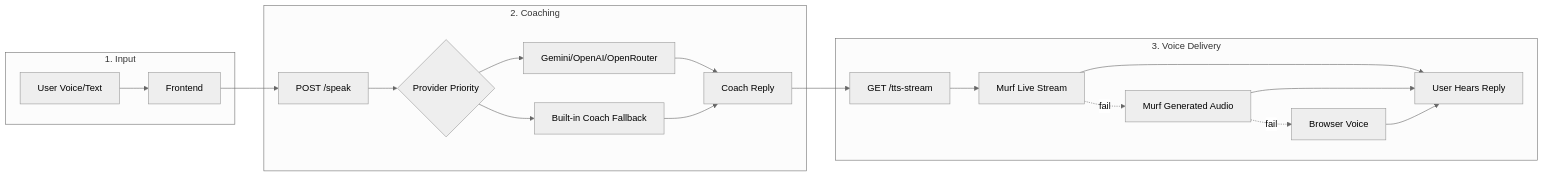
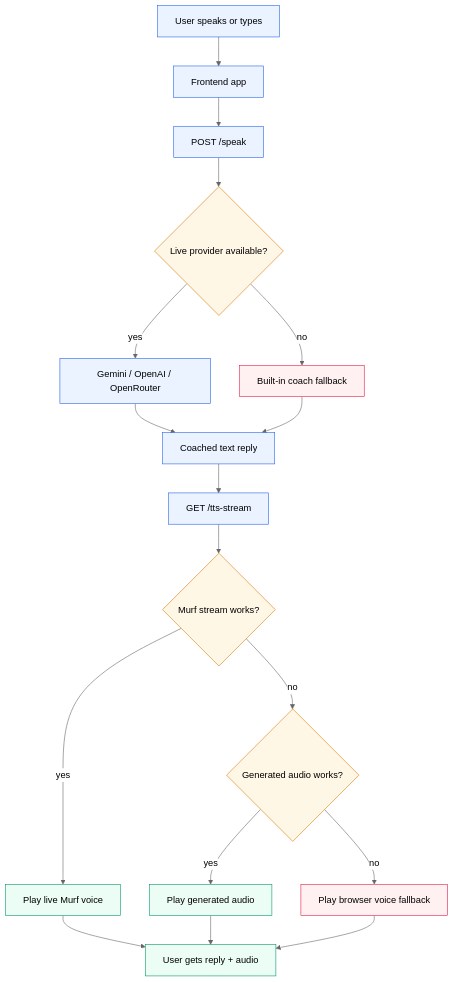
The first of 2 diagrams in README.md (athiq2u/MoonSpeak-AI), drawn with Mermaid (neutral theme) before and after one commit.

Commit message:
docs: enhance compact system flowchart

````diff
--- a/README.md
+++ b/README.md
@@ -64,31 +64,32 @@
 ```mermaid
-flowchart LR
-  subgraph S1[1. Input]
-    U[User Voice/Text]
-    FE[Frontend]
-    U --> FE
-  end
+flowchart TD
+  U[User speaks or types] --> FE[Frontend app]
 
-  subgraph S2[2. Coaching]
-    API[POST /speak]
-    PRI{Provider Priority}
-    LIVE[Gemini/OpenAI/OpenRouter]
-    FALL[Built-in Coach Fallback]
-    REPLY[Coach Reply]
-    FE --> API --> PRI
-    PRI --> LIVE --> REPLY
-    PRI --> FALL --> REPLY
-  end
+  FE --> S1[POST /speak]
+  S1 --> P{Live provider available?}
+  P -->|yes| L[Gemini / OpenAI / OpenRouter]
+  P -->|no| F[Built-in coach fallback]
+  L --> R[Coached text reply]
+  F --> R
 
-  subgraph S3[3. Voice Delivery]
-    TTS[GET /tts-stream]
-    STREAM[Murf Live Stream]
-    GEN[Murf Generated Audio]
-    BROWSER[Browser Voice]
-    PLAY[User Hears Reply]
-    REPLY --> TTS --> STREAM
-    STREAM --> PLAY
-    STREAM -. fail .-> GEN --> PLAY
-    GEN -. fail .-> BROWSER --> PLAY
-  end
+  R --> S2[GET /tts-stream]
+  S2 --> M{Murf stream works?}
+  M -->|yes| V1[Play live Murf voice]
+  M -->|no| G{Generated audio works?}
+  G -->|yes| V2[Play generated audio]
+  G -->|no| V3[Play browser voice fallback]
+
+  V1 --> DONE[User gets reply + audio]
+  V2 --> DONE
+  V3 --> DONE
+
+  classDef core fill:#EAF3FF,stroke:#2563EB,stroke-width:1px;
+  classDef decision fill:#FFF7E6,stroke:#D97706,stroke-width:1px;
+  classDef fallback fill:#FFF1F2,stroke:#E11D48,stroke-width:1px;
+  classDef success fill:#ECFDF5,stroke:#059669,stroke-width:1px;
+
+  class U,FE,S1,S2,L,R core;
+  class P,M,G decision;
+  class F,V3 fallback;
+  class V1,V2,DONE success;
 ```
````
